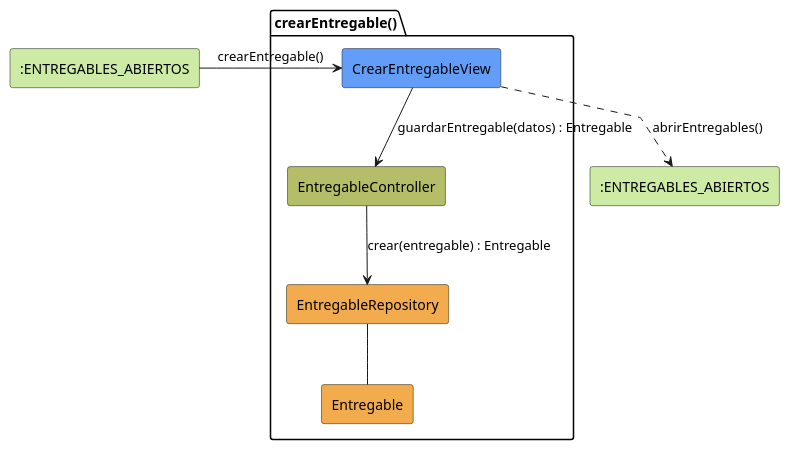
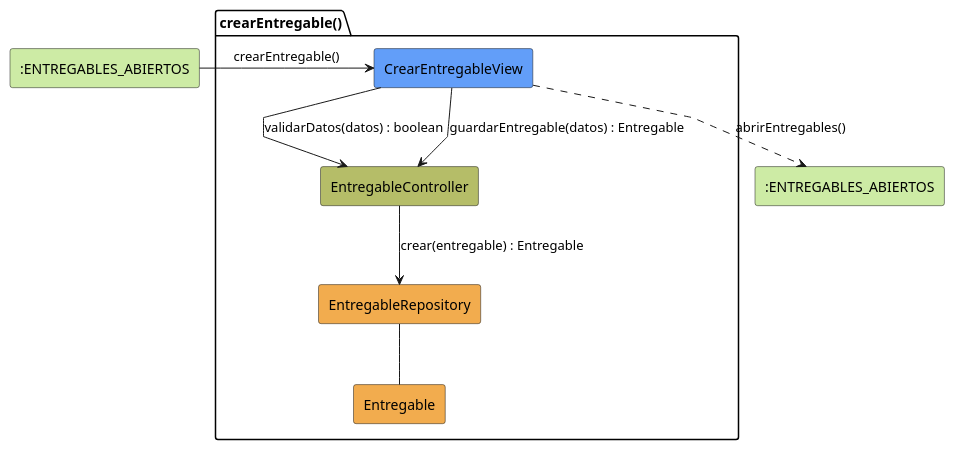
One commit to 31Diego/25-26-idsw2-sdVC changed the diagram in modelosUML/analisis/coordinador/crearEntregable.puml. Above: the diagram before and after it, drawn with PlantUML. The commit also changed 193 other files, not shown here.

```diff
--- a/modelosUML/analisis/coordinador/crearEntregable.puml
+++ b/modelosUML/analisis/coordinador/crearEntregable.puml
@@ -1,25 +1,27 @@
 @startuml crearEntregable-analisis
 skinparam linetype polyline
 
 rectangle #CDEBA5 ":ENTREGABLES_ABIERTOS" as EntregablesAbiertos
 
 package crearEntregable as "crearEntregable()" {
     rectangle #629EF9 CrearEntregableView
     rectangle #b5bd68 EntregableController
     rectangle #F2AC4E EntregableRepository
     rectangle #F2AC4E Entregable
 }
 
 rectangle #CDEBA5 ":ENTREGABLES_ABIERTOS" as EntregablesSalida
 
 EntregablesAbiertos -r-> CrearEntregableView: crearEntregable()
 
-CrearEntregableView -d-> EntregableController: guardarEntregable(datos) : Entregable
+CrearEntregableView -d-> EntregableController: validarDatos(datos) : boolean
+
+CrearEntregableView --> EntregableController: guardarEntregable(datos) : Entregable
 
 EntregableController --> EntregableRepository: crear(entregable) : Entregable
 
 EntregableRepository -- Entregable
 
 CrearEntregableView ..> EntregablesSalida: abrirEntregables()
 
 @enduml
```
